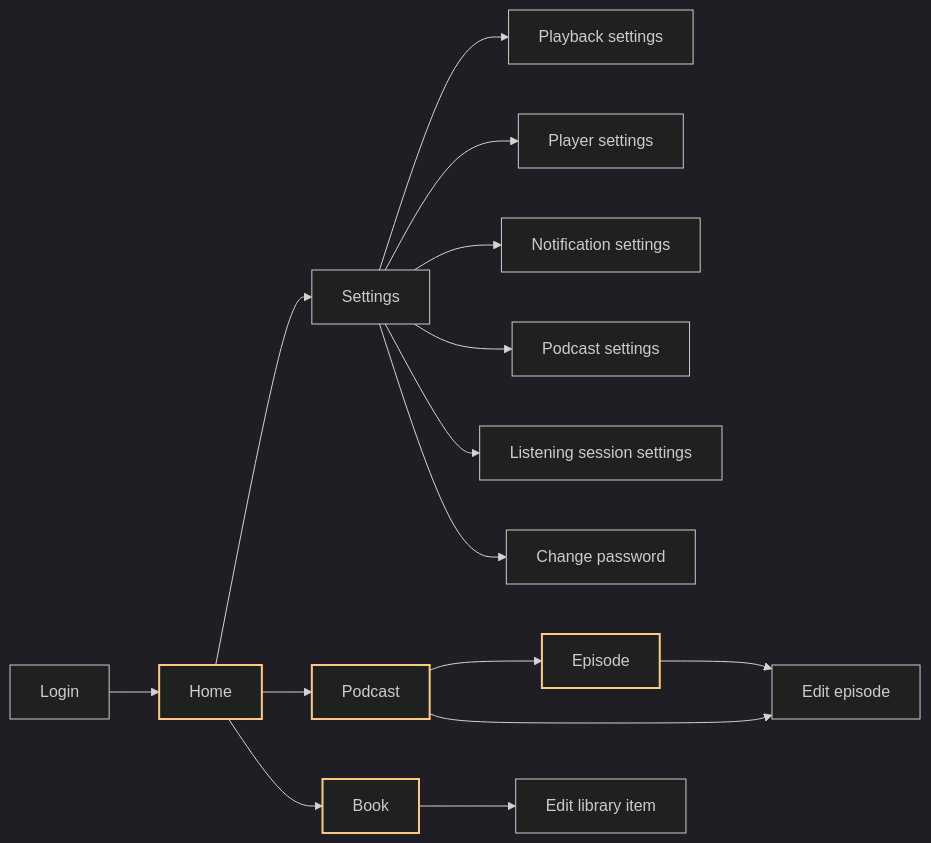
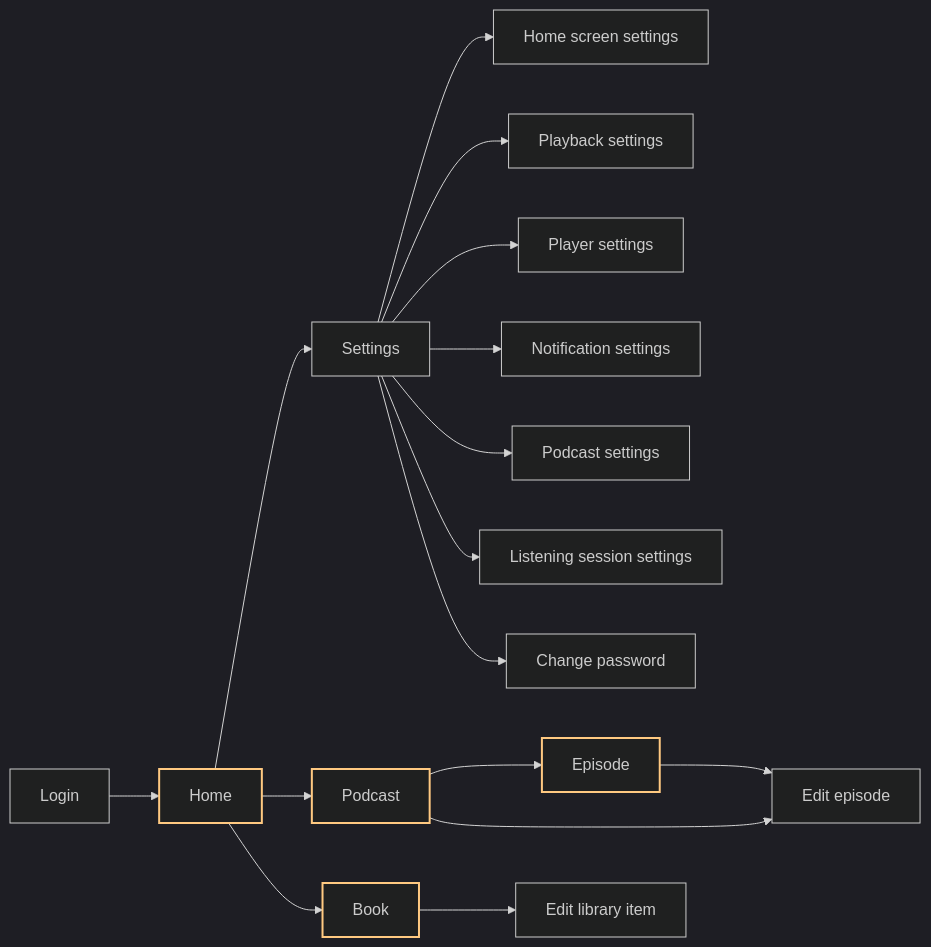
Before and after one commit to 100nandoo/shelfdroid: the second of 3 diagrams in docs/DOCS.md, drawn with Mermaid. The commit also changed other lines of this file and 16 other files, not shown here.

````diff
--- a/docs/DOCS.md
+++ b/docs/DOCS.md
@@ -89,40 +89,42 @@
 ```mermaid
 ---
 config:
   theme: dark
 ---
 flowchart LR
     L["Login"]
     H["Home"]
     S["Settings"]
     P["Podcast"]
     B["Book"]
     E["Episode"]
     EditItem["Edit library item"]
     EditEpisode["Edit episode"]
     ChangePassword["Change password"]
+    SettingsHome["Home screen settings"]
     SettingsPlayback["Playback settings"]
     SettingsPlayer["Player settings"]
     SettingsNotification["Notification settings"]
     SettingsPodcast["Podcast settings"]
     SettingsListeningSession["Listening session settings"]
 
     L --> H
     H --> S
     H --> P
     H --> B
     P --> E
     P --> EditEpisode
     B --> EditItem
     E --> EditEpisode
 
+    S --> SettingsHome
     S --> SettingsPlayback
     S --> SettingsPlayer
     S --> SettingsNotification
     S --> SettingsPodcast
     S --> SettingsListeningSession
     S --> ChangePassword
 
 class H,P,B,E primary;
 classDef primary stroke:#FFC981,stroke-width:2px;
 ```
````
